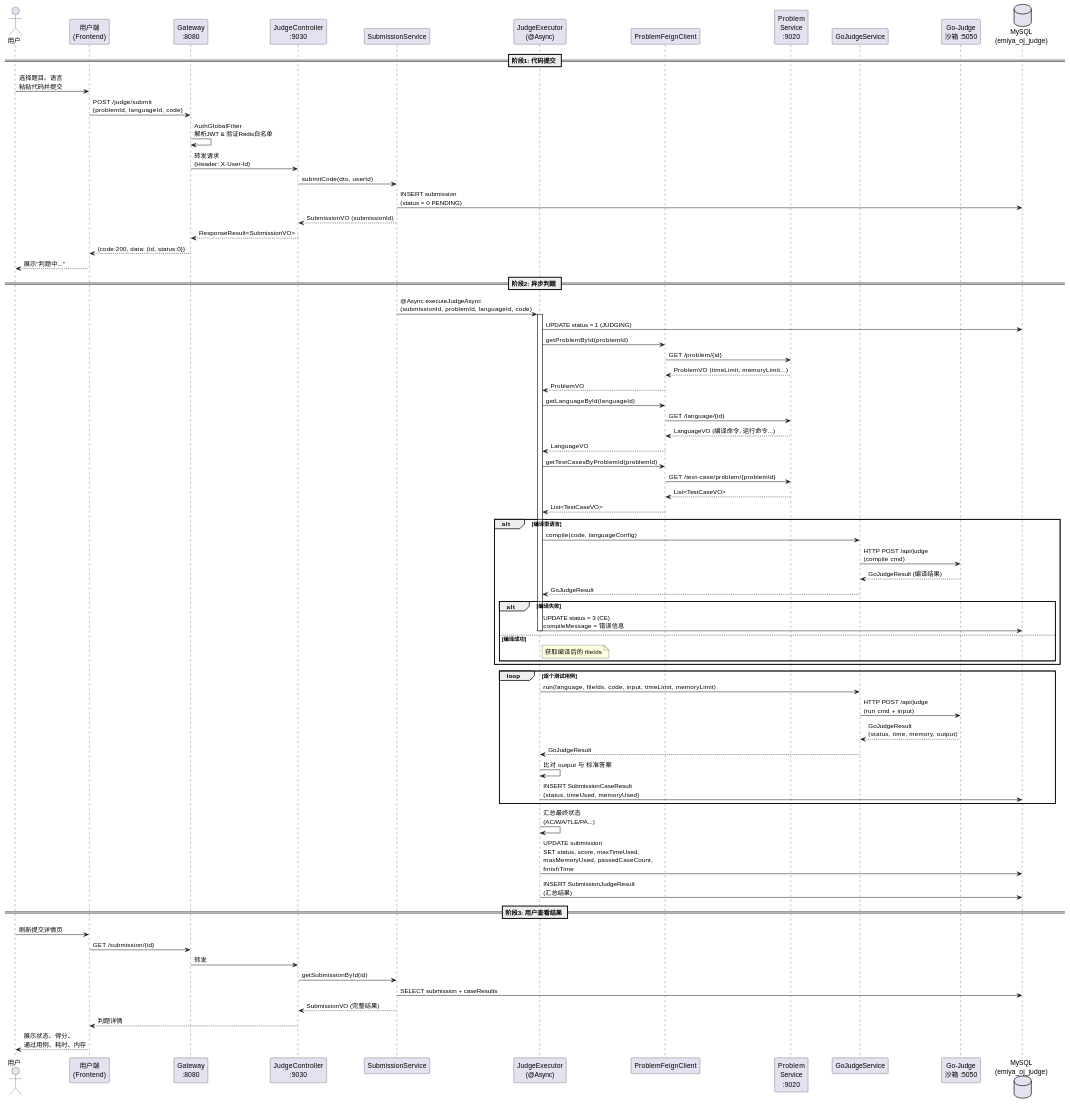
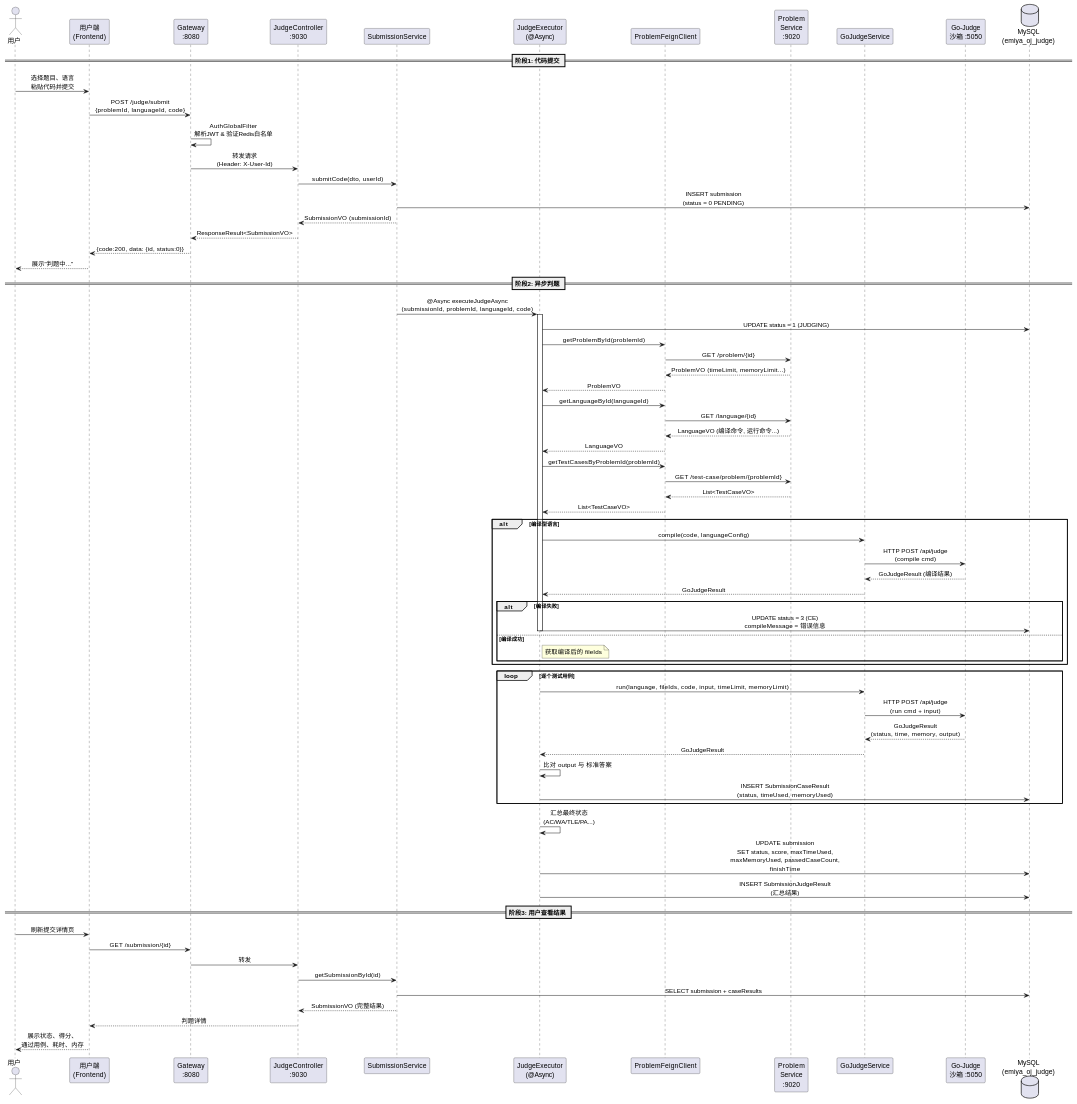
One commit to xiaohuanemiya/EmiyaOJ-Cloud changed the fourth of 14 diagrams in docs/UML2.0-完整建模.md. Above: the diagram before and after it, drawn with PlantUML. The commit also changed other lines of this file and 31 other files, not shown here.

````diff
--- a/docs/UML2.0-完整建模.md
+++ b/docs/UML2.0-完整建模.md
@@ -501,7 +520,9 @@
 ```plantuml
 @startuml Judge-Sequence
-skinparam ParticipantPadding 20
-skinparam BoxPadding 10
+skinparam ParticipantPadding 25
+skinparam BoxPadding 12
+skinparam sequenceMessageAlign center
+skinparam responseMessageBelowArrow true
 
 actor "用户" as User
 participant "用户端\n(Frontend)" as FE
````
